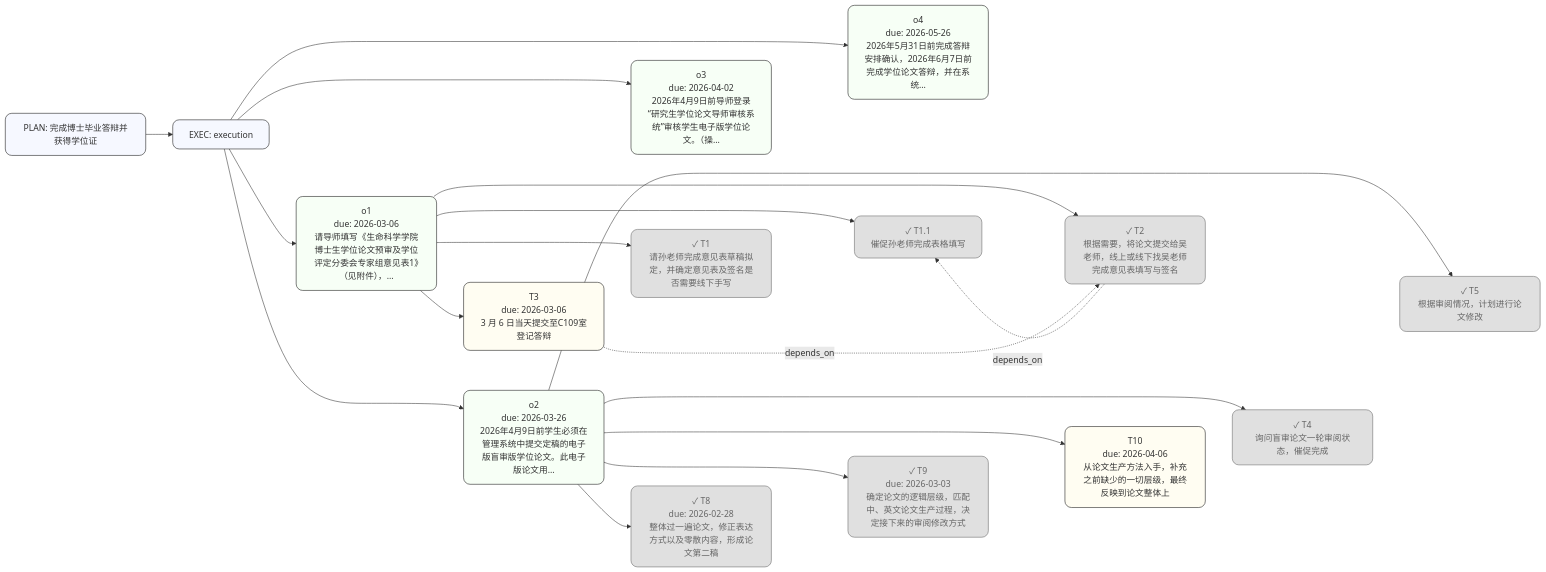
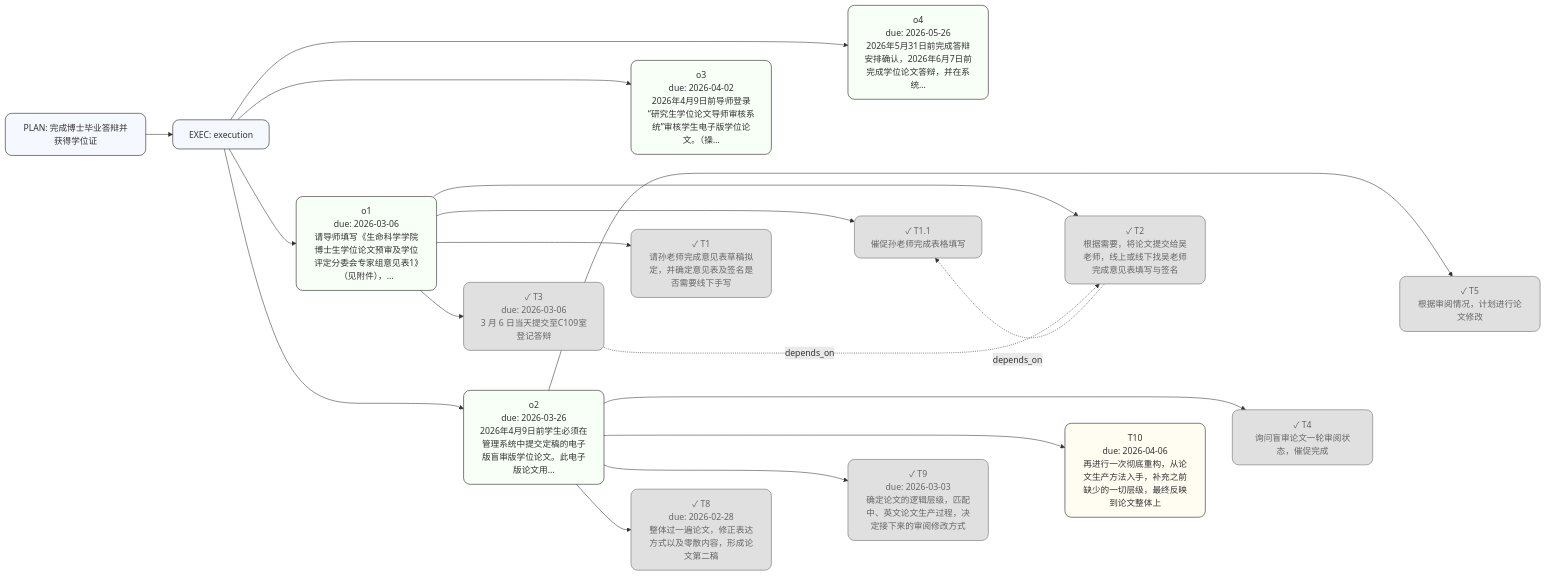
Before and after one commit to gbm19950414-ux/Hypothesis-driven-Task-Management-System: the diagram in outputs/plan_毕业答辩_graph.mmd, drawn with Mermaid. The commit also changed 17 other files, not shown here.

```diff
--- a/outputs/plan_毕业答辩_graph.mmd
+++ b/outputs/plan_毕业答辩_graph.mmd
@@ -1,48 +1,48 @@
 flowchart LR
 classDef card fill:#ffffff,stroke:#111,stroke-width:1px,rx:10,ry:10;
 classDef plan fill:#f6f8ff,stroke:#111,stroke-width:1px,rx:12,ry:12;
 classDef obj fill:#f7fff6,stroke:#111,stroke-width:1px,rx:12,ry:12;
 classDef hyp fill:#fff6fb,stroke:#111,stroke-width:1px,rx:12,ry:12;
 classDef task fill:#fffdf2,stroke:#111,stroke-width:1px,rx:12,ry:12;
 classDef done fill:#e0e0e0,stroke:#666,stroke-width:1px,color:#666,rx:12,ry:12;
 PLAN["PLAN: 完成博士毕业答辩并获得学位证"]:::plan
 EP["EXEC: execution"]:::plan
 PLAN --> EP
 OBJ_o1["o1<br/>due: 2026-03-06<br/>请导师填写《生命科学学院博士生学位论文预审及学位评定分委会专家组意见表1》（见附件），…"]:::obj
 EP --> OBJ_o1
 OBJ_o2["o2<br/>due: 2026-03-26<br/>2026年4月9日前学生必须在管理系统中提交定稿的电子版盲审版学位论文。此电子版论文用…"]:::obj
 EP --> OBJ_o2
 OBJ_o3["o3<br/>due: 2026-04-02<br/>2026年4月9日前导师登录“研究生学位论文导师审核系统”审核学生电子版学位论文。（操…"]:::obj
 EP --> OBJ_o3
 OBJ_o4["o4<br/>due: 2026-05-26<br/>2026年5月31日前完成答辩安排确认，2026年6月7日前完成学位论文答辩，并在系统…"]:::obj
 EP --> OBJ_o4
 OBJ_o1 ~~~ OBJ_o2
 OBJ_o2 ~~~ OBJ_o3
 OBJ_o3 ~~~ OBJ_o4
 TASK_T8["✓ T8<br/>due: 2026-02-28<br/>整体过一遍论文，修正表达方式以及零散内容，形成论文第二稿"]:::done
 OBJ_o2 --> TASK_T8
 TASK_T9["✓ T9<br/>due: 2026-03-03<br/>确定论文的逻辑层级，匹配中、英文论文生产过程，决定接下来的审阅修改方式"]:::done
 OBJ_o2 --> TASK_T9
-TASK_T3["T3<br/>due: 2026-03-06<br/>3 月 6 日当天提交至C109室登记答辩"]:::task
+TASK_T3["✓ T3<br/>due: 2026-03-06<br/>3 月 6 日当天提交至C109室登记答辩"]:::done
 OBJ_o1 --> TASK_T3
-TASK_T10["T10<br/>due: 2026-04-06<br/>从论文生产方法入手，补充之前缺少的一切层级，最终反映到论文整体上"]:::task
+TASK_T10["T10<br/>due: 2026-04-06<br/>再进行一次彻底重构，从论文生产方法入手，补充之前缺少的一切层级，最终反映到论文整体上"]:::task
 OBJ_o2 --> TASK_T10
 TASK_T1["✓ T1<br/>请孙老师完成意见表草稿拟定，并确定意见表及签名是否需要线下手写"]:::done
 OBJ_o1 --> TASK_T1
 TASK_T1.1["✓ T1.1<br/>催促孙老师完成表格填写"]:::done
 OBJ_o1 --> TASK_T1.1
 TASK_T2["✓ T2<br/>根据需要，将论文提交给吴老师，线上或线下找吴老师完成意见表填写与签名"]:::done
 OBJ_o1 --> TASK_T2
 TASK_T4["✓ T4<br/>询问盲审论文一轮审阅状态，催促完成"]:::done
 OBJ_o2 --> TASK_T4
 TASK_T5["✓ T5<br/>根据审阅情况，计划进行论文修改"]:::done
 OBJ_o2 --> TASK_T5
 TASK_T8 ~~~ TASK_T9
 TASK_T9 ~~~ TASK_T10
 TASK_T10 ~~~ TASK_T4
 TASK_T4 ~~~ TASK_T5
 TASK_T3 ~~~ TASK_T1
 TASK_T1 ~~~ TASK_T1.1
 TASK_T1.1 ~~~ TASK_T2
 TASK_T2 -. depends_on .-> TASK_T1.1
 TASK_T3 -. depends_on .-> TASK_T2
```
